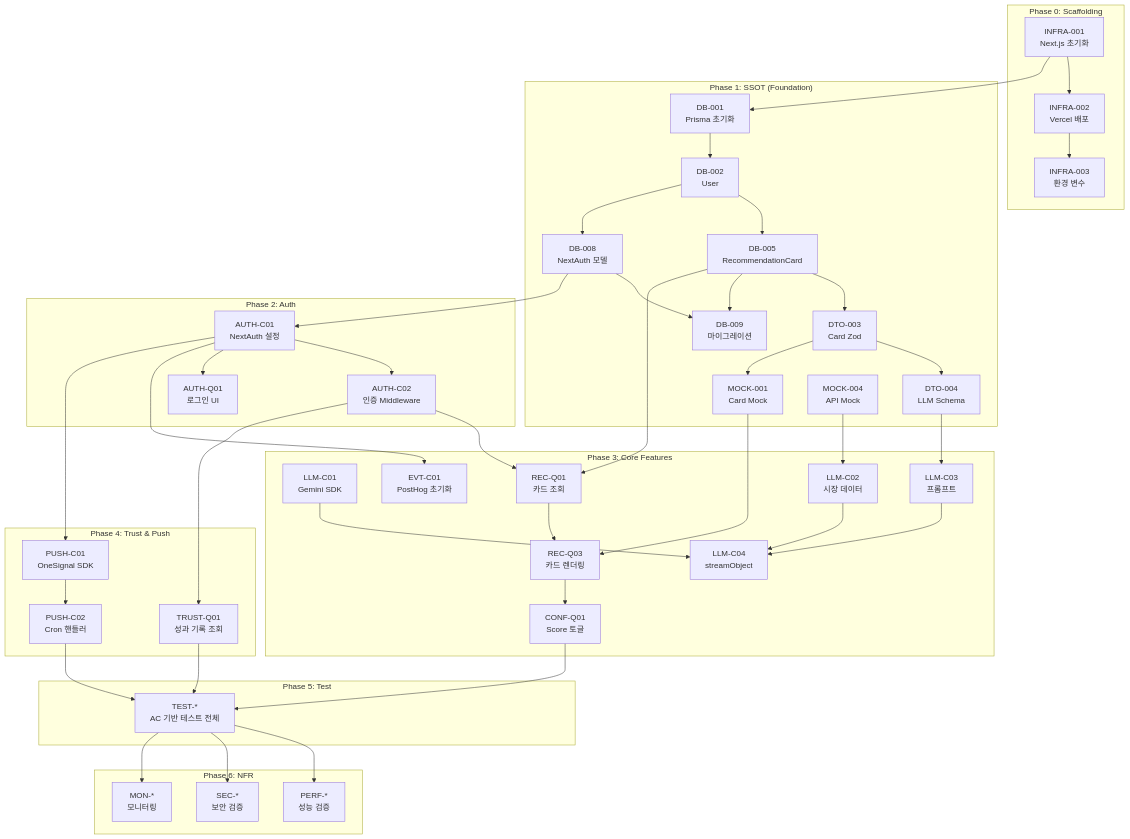
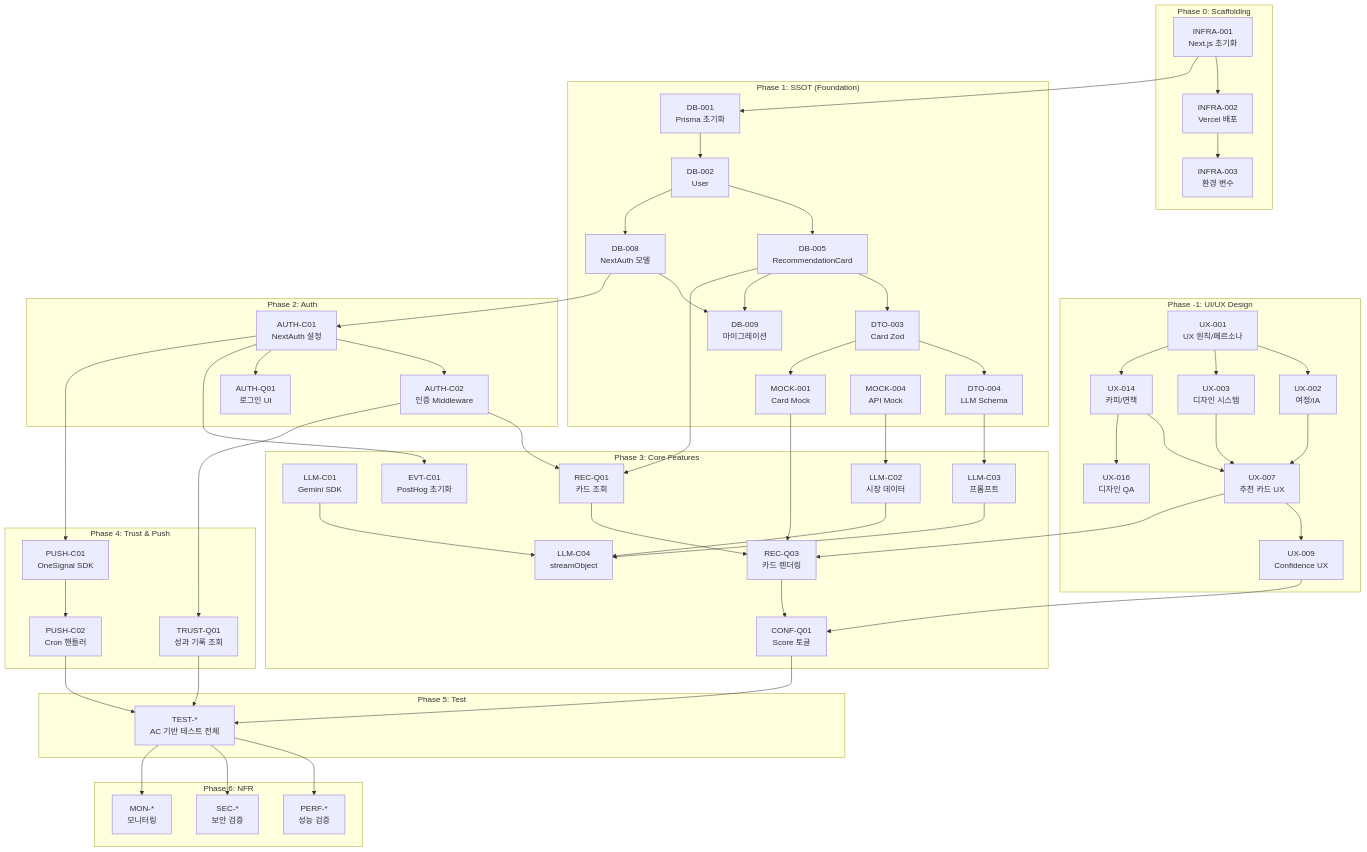
Before and after one commit to hy2207/ai-stock-alarm-app: the diagram in tasks/task-list-v1.md, drawn with Mermaid. The commit also changed other lines of this file and 34 other files, not shown here.

````diff
--- a/tasks/task-list-v1.md
+++ b/tasks/task-list-v1.md
@@ -280,5 +317,21 @@
 ```mermaid
 graph TD
+    subgraph "Phase -1: UI/UX Design"
+        UX-001["UX-001<br/>UX 원칙/페르소나"]
+        UX-002["UX-002<br/>여정/IA"]
+        UX-003["UX-003<br/>디자인 시스템"]
+        UX-007["UX-007<br/>추천 카드 UX"]
+        UX-009["UX-009<br/>Confidence UX"]
+        UX-014["UX-014<br/>카피/면책"]
+        UX-016["UX-016<br/>디자인 QA"]
+        UX-001 --> UX-002
+        UX-001 --> UX-003
+        UX-001 --> UX-014
+        UX-002 & UX-003 & UX-014 --> UX-007
+        UX-007 --> UX-009
+        UX-014 --> UX-016
+    end
+
     subgraph "Phase 0: Scaffolding"
         INFRA-001["INFRA-001<br/>Next.js 초기화"]
         INFRA-002["INFRA-002<br/>Vercel 배포"]
@@ -331,8 +384,8 @@
         DTO-004 --> LLM-C03
         LLM-C01 & LLM-C02 & LLM-C03 --> LLM-C04
         DB-005 & AUTH-C02 --> REC-Q01
-        REC-Q01 & MOCK-001 --> REC-Q03
-        REC-Q03 --> CONF-Q01
+        REC-Q01 & MOCK-001 & UX-007 --> REC-Q03
+        REC-Q03 & UX-009 --> CONF-Q01
         AUTH-C01 --> EVT-C01
     end
 
````
